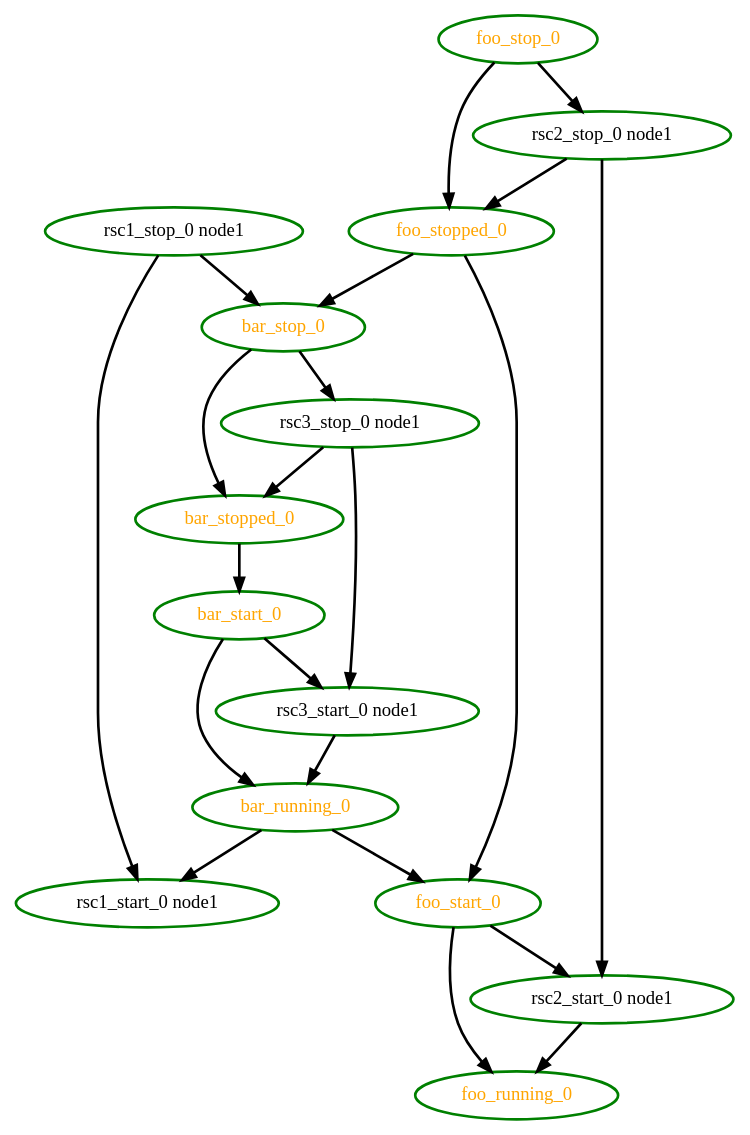
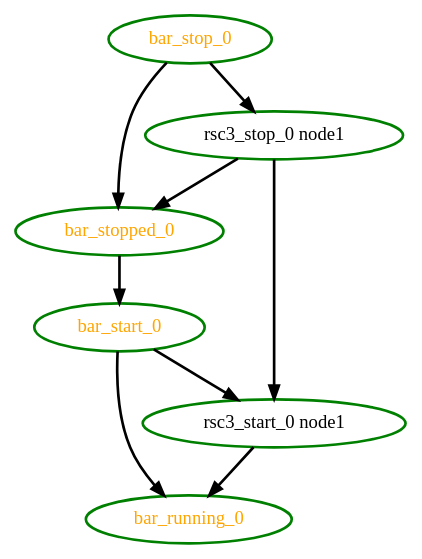
The diagram in cts/scheduler/dot/rec-rsc-9.dot (ClusterLabs/pacemaker), drawn with Graphviz before and after one commit. The commit also changed 19 other files, not shown here.

```diff
--- a/cts/scheduler/dot/rec-rsc-9.dot
+++ b/cts/scheduler/dot/rec-rsc-9.dot
@@ -1,37 +1,16 @@
  digraph "g" {
-"bar_running_0" -> "foo_start_0" [ style = bold]
-"bar_running_0" -> "rsc1_start_0 node1" [ style = bold]
 "bar_running_0" [ style=bold color="green" fontcolor="orange"]
 "bar_start_0" -> "bar_running_0" [ style = bold]
 "bar_start_0" -> "rsc3_start_0 node1" [ style = bold]
 "bar_start_0" [ style=bold color="green" fontcolor="orange"]
 "bar_stop_0" -> "bar_stopped_0" [ style = bold]
 "bar_stop_0" -> "rsc3_stop_0 node1" [ style = bold]
 "bar_stop_0" [ style=bold color="green" fontcolor="orange"]
 "bar_stopped_0" -> "bar_start_0" [ style = bold]
 "bar_stopped_0" [ style=bold color="green" fontcolor="orange"]
-"foo_running_0" [ style=bold color="green" fontcolor="orange"]
-"foo_start_0" -> "foo_running_0" [ style = bold]
-"foo_start_0" -> "rsc2_start_0 node1" [ style = bold]
-"foo_start_0" [ style=bold color="green" fontcolor="orange"]
-"foo_stop_0" -> "foo_stopped_0" [ style = bold]
-"foo_stop_0" -> "rsc2_stop_0 node1" [ style = bold]
-"foo_stop_0" [ style=bold color="green" fontcolor="orange"]
-"foo_stopped_0" -> "bar_stop_0" [ style = bold]
-"foo_stopped_0" -> "foo_start_0" [ style = bold]
-"foo_stopped_0" [ style=bold color="green" fontcolor="orange"]
-"rsc1_start_0 node1" [ style=bold color="green" fontcolor="black"]
-"rsc1_stop_0 node1" -> "bar_stop_0" [ style = bold]
-"rsc1_stop_0 node1" -> "rsc1_start_0 node1" [ style = bold]
-"rsc1_stop_0 node1" [ style=bold color="green" fontcolor="black"]
-"rsc2_start_0 node1" -> "foo_running_0" [ style = bold]
-"rsc2_start_0 node1" [ style=bold color="green" fontcolor="black"]
-"rsc2_stop_0 node1" -> "foo_stopped_0" [ style = bold]
-"rsc2_stop_0 node1" -> "rsc2_start_0 node1" [ style = bold]
-"rsc2_stop_0 node1" [ style=bold color="green" fontcolor="black"]
 "rsc3_start_0 node1" -> "bar_running_0" [ style = bold]
 "rsc3_start_0 node1" [ style=bold color="green" fontcolor="black"]
 "rsc3_stop_0 node1" -> "bar_stopped_0" [ style = bold]
 "rsc3_stop_0 node1" -> "rsc3_start_0 node1" [ style = bold]
 "rsc3_stop_0 node1" [ style=bold color="green" fontcolor="black"]
 }
```
